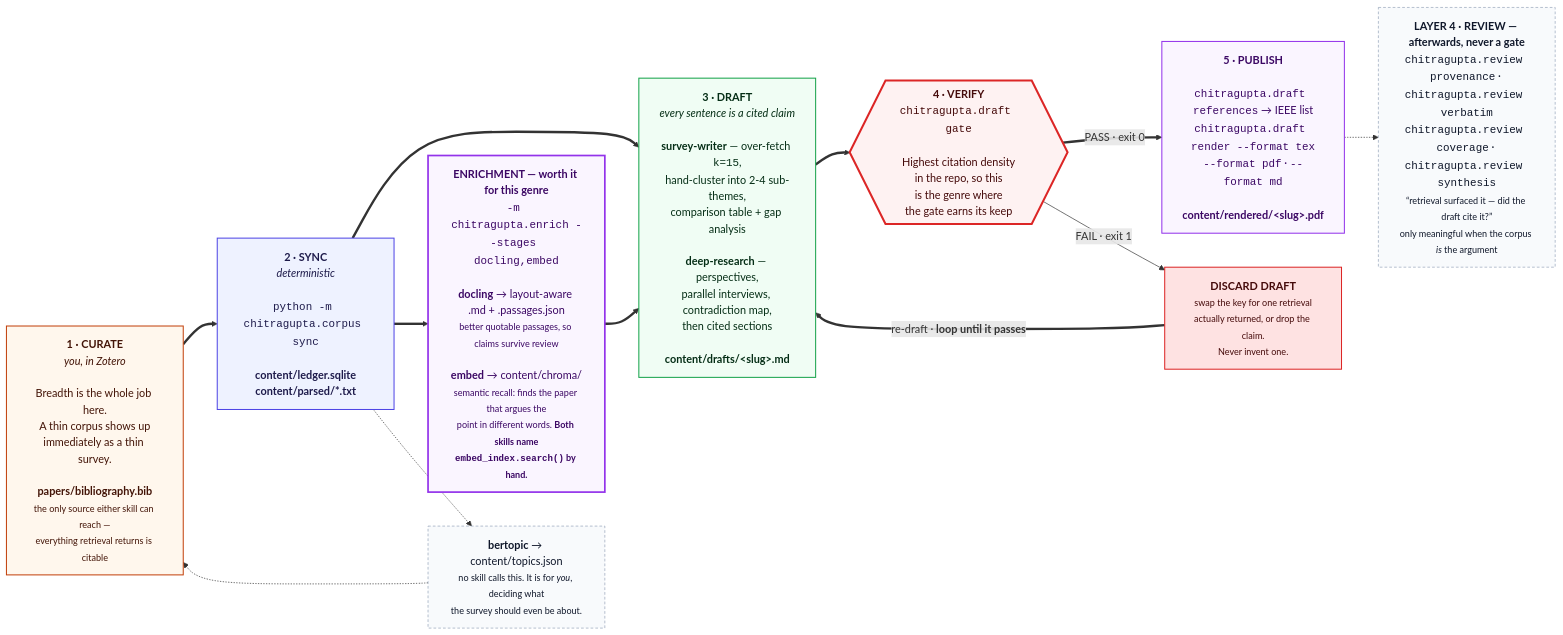
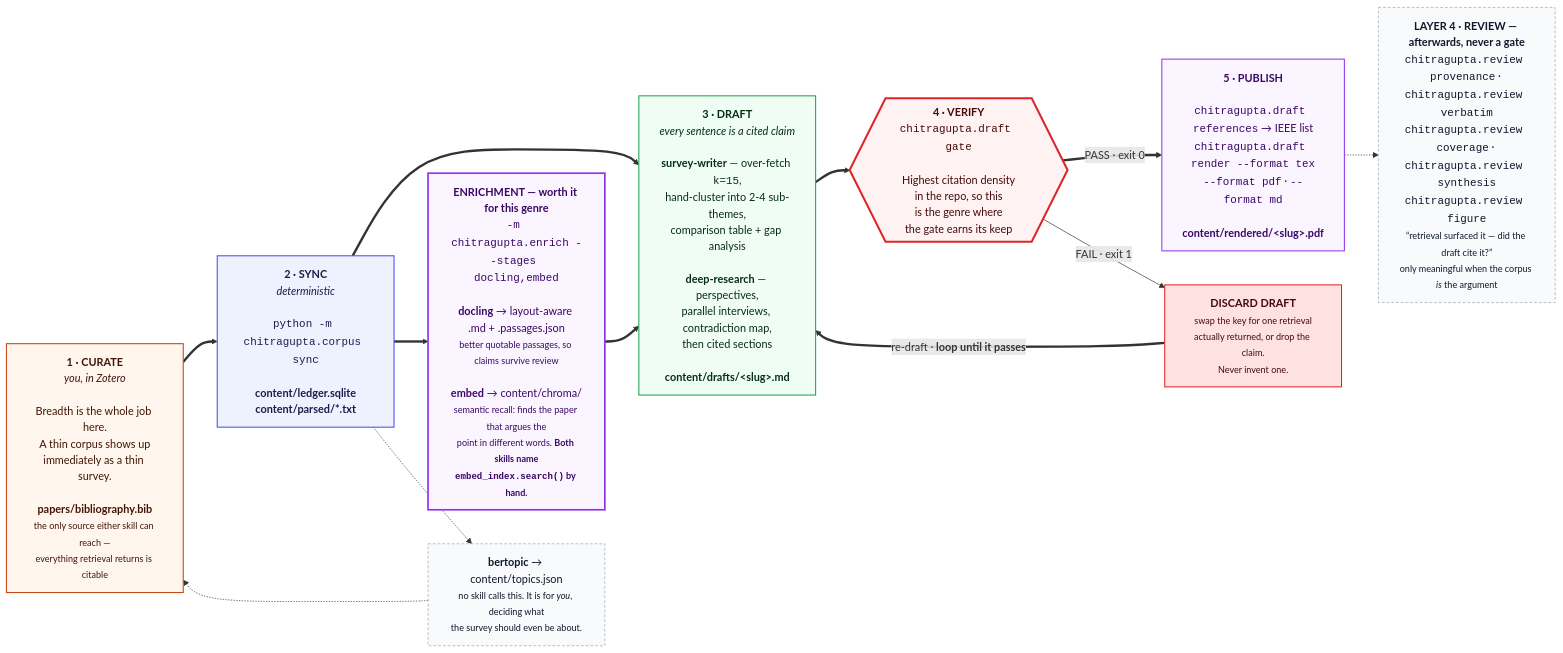
The seventh of 11 diagrams in docs/DIAGRAMS.md (prasadtalasila/chitragupta), drawn with Mermaid before and after one commit. The commit also changed other lines of this file and 3 other files, not shown here.

First line of the commit message:
Pin PACKAGING.md's count breakdowns and ARCHITECTURE.md's aid list to the code

````diff
--- a/docs/DIAGRAMS.md
+++ b/docs/DIAGRAMS.md
@@ -634,47 +634,47 @@
 ```mermaid
 flowchart LR
 
   P0["<b>1 · CURATE</b><br/><i>you, in Zotero</i><br/><br/>Breadth is the whole job here.<br/>A thin corpus shows up<br/>immediately as a thin survey.<br/><br/><b>papers/bibliography.bib</b><br/><small>the only source either skill can reach —<br/>everything retrieval returns is citable</small>"]
 
   P1["<b>2 · SYNC</b><br/><i>deterministic</i><br/><br/><code>python -m chitragupta.corpus sync</code><br/><br/><b>content/ledger.sqlite</b><br/><b>content/parsed/*.txt</b>"]
 
   HEAVY["<b>ENRICHMENT — worth it for this genre</b><br/><code>-m chitragupta.enrich --stages docling,embed</code><br/><br/><b>docling</b> → layout-aware .md + .passages.json<br/><small>better quotable passages, so claims survive review</small><br/><br/><b>embed</b> → content/chroma/<br/><small>semantic recall: finds the paper that argues the<br/>point in different words. <b>Both skills name<br/><code>embed_index.search()</code> by hand.</b></small>"]
 
   P2["<b>3 · DRAFT</b><br/><i>every sentence is a cited claim</i><br/><br/><b>survey-writer</b> — over-fetch <code>k=15</code>,<br/>hand-cluster into 2-4 sub-themes,<br/>comparison table + gap analysis<br/><br/><b>deep-research</b> — perspectives,<br/>parallel interviews, contradiction map,<br/>then cited sections<br/><br/><b>content/drafts/&lt;slug&gt;.md</b>"]
 
   P3{{"<b>4 · VERIFY</b><br/><code>chitragupta.draft gate</code><br/><br/>Highest citation density<br/>in the repo, so this<br/>is the genre where<br/>the gate earns its keep"}}
 
   FIX["<b>DISCARD DRAFT</b><br/><small>swap the key for one retrieval<br/>actually returned, or drop the claim.<br/>Never invent one.</small>"]
 
   P4["<b>5 · PUBLISH</b><br/><br/><code>chitragupta.draft references</code> → IEEE list<br/><code>chitragupta.draft render --format tex</code><br/><code>--format pdf</code> · <code>--format md</code><br/><br/><b>content/rendered/&lt;slug&gt;.pdf</b>"]
 
-  AID["<b>LAYER 4 · REVIEW — afterwards, never a gate</b><br/><code>chitragupta.review provenance</code> · <code>chitragupta.review verbatim</code><br/><code>chitragupta.review coverage</code> · <code>chitragupta.review synthesis</code><br/><small>“retrieval surfaced it — did the draft cite it?”<br/>only meaningful when the corpus <i>is</i> the argument</small>"]
+  AID["<b>LAYER 4 · REVIEW — afterwards, never a gate</b><br/><code>chitragupta.review provenance</code> · <code>chitragupta.review verbatim</code><br/><code>chitragupta.review coverage</code> · <code>chitragupta.review synthesis</code><br/><code>chitragupta.review figure</code><br/><small>“retrieval surfaced it — did the draft cite it?”<br/>only meaningful when the corpus <i>is</i> the argument</small>"]
 
   BERT["<b>bertopic</b> → content/topics.json<br/><small>no skill calls this. It is for <i>you</i>, deciding what<br/>the survey should even be about.</small>"]
 
   P0 ==> P1 ==> P2 ==> P3
   P1 ==> HEAVY ==> P2
   P3 == "PASS · exit 0" ==> P4
   P3 -- "FAIL · exit 1" --> FIX
   FIX == "re-draft · <b>loop until it passes</b>" ==> P2
   P4 -.-> AID
   P1 -.-> BERT -.-> P0
 
   classDef you fill:#fff7ed,stroke:#c2410c,stroke-width:1.5px,color:#431407
   classDef det fill:#eef2ff,stroke:#4f46e5,stroke-width:1.5px,color:#1e1b4b
   classDef gen fill:#f0fdf4,stroke:#16a34a,stroke-width:1.5px,color:#052e16
   classDef gate fill:#fef2f2,stroke:#dc2626,stroke-width:3px,color:#450a0a
   classDef out fill:#faf5ff,stroke:#9333ea,stroke-width:1.5px,color:#3b0764
   classDef bad fill:#fee2e2,stroke:#dc2626,stroke-width:1.5px,color:#450a0a
   classDef heavy fill:#faf5ff,stroke:#9333ea,stroke-width:2.5px,color:#3b0764
   classDef aid fill:#f8fafc,stroke:#94a3b8,stroke-dasharray:4 3,color:#0f172a
 
   class P0 you
   class P1 det
   class P2 gen
   class P3 gate
   class P4 out
   class FIX bad
   class HEAVY heavy
   class AID,BERT aid
 ```
````
